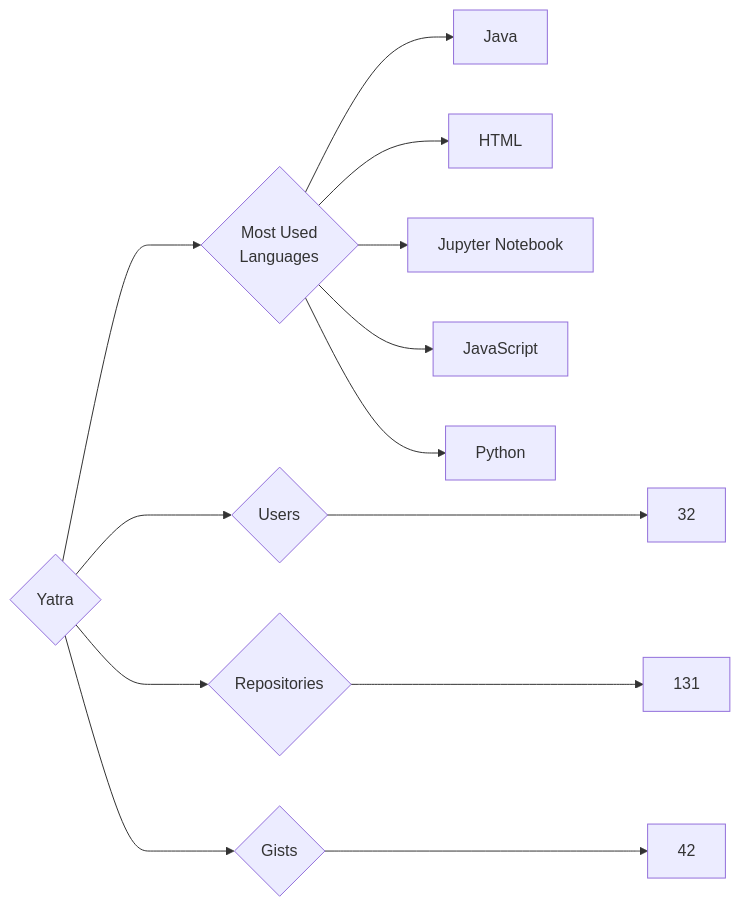
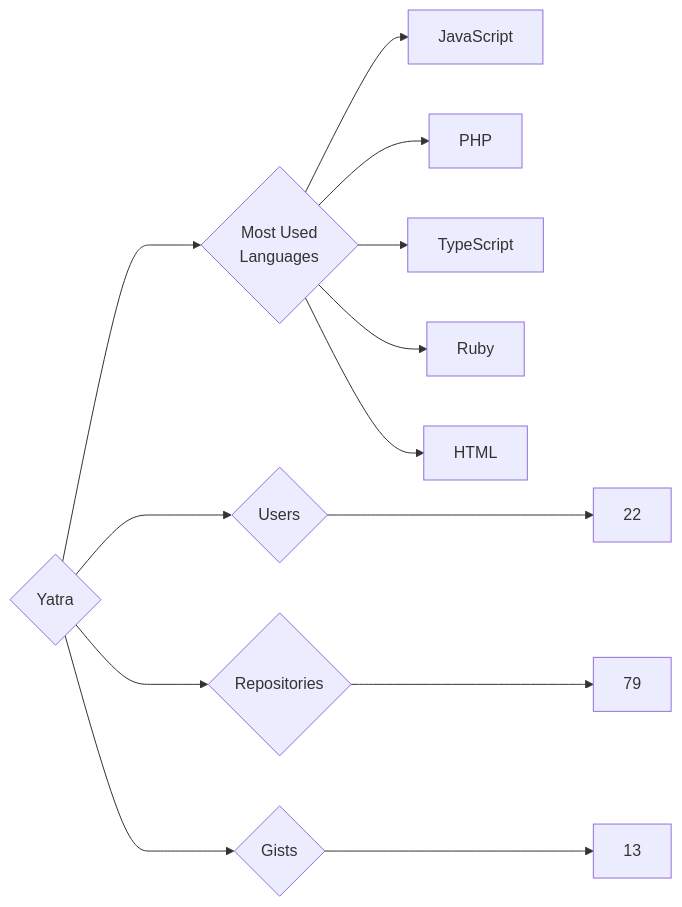
One commit to trickest/insiders changed the diagram in targets/Yatra/README.md. Above: the diagram before and after it, drawn with Mermaid. The commit also changed 976 other files, not shown here.

````diff
--- a/targets/Yatra/README.md
+++ b/targets/Yatra/README.md
@@ -3,13 +3,13 @@
 ```mermaid
 graph LR
 COMPANY_NAME{Yatra}
-COMPANY_NAME ---> U{Users} ---> UN[32]
-COMPANY_NAME ---> R{Repositories} ---> RN[131]
-COMPANY_NAME ---> G{Gists} ---> GN[42]
+COMPANY_NAME ---> U{Users} ---> UN[22]
+COMPANY_NAME ---> R{Repositories} ---> RN[79]
+COMPANY_NAME ---> G{Gists} ---> GN[13]
 COMPANY_NAME ---> ML{Most Used<br>Languages}
-ML --> Java[Java]
+ML --> JavaScript[JavaScript]
+ML --> PHP[PHP]
+ML --> TypeScript[TypeScript]
+ML --> Ruby[Ruby]
 ML --> HTML[HTML]
-ML --> Jupyter_Notebook[Jupyter Notebook]
-ML --> JavaScript[JavaScript]
-ML --> Python[Python]
 ```
````
